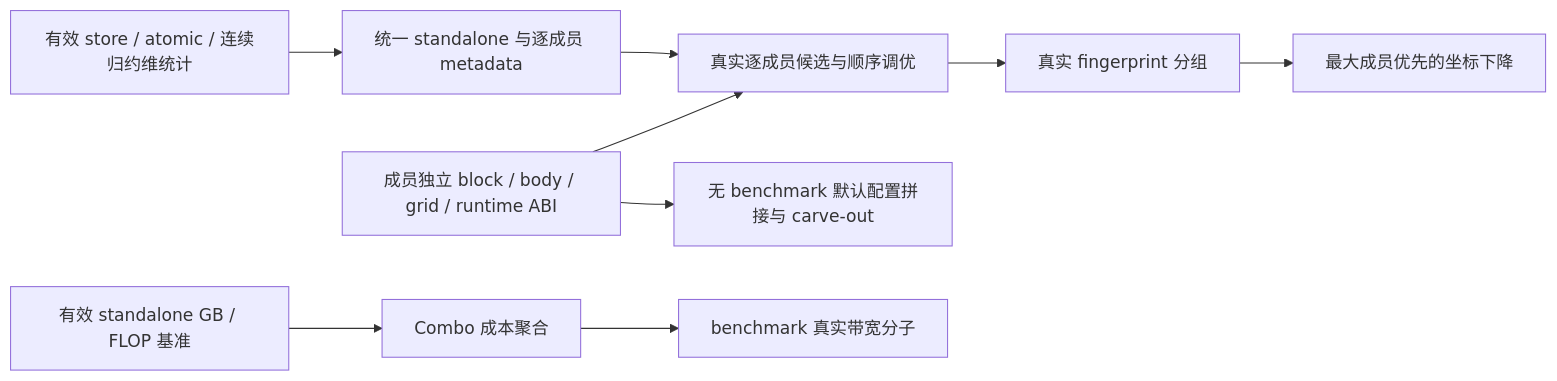
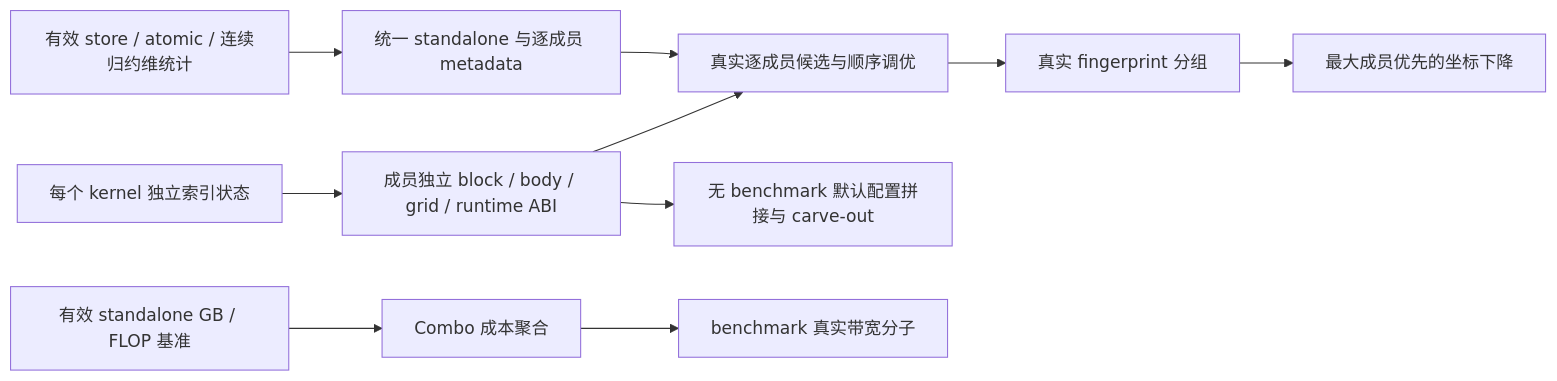
One commit to limbochao/torch-learn changed the diagram in docs/notes/compiler/codegen/inductor-combo-tests-v2.13.md. Above: the diagram before and after it, drawn with Mermaid. The commit also changed other lines of this file and 12 other files, not shown here.

````diff
--- a/docs/notes/compiler/codegen/inductor-combo-tests-v2.13.md
+++ b/docs/notes/compiler/codegen/inductor-combo-tests-v2.13.md
@@ -105,11 +128,12 @@
 ```mermaid
 flowchart LR
+    K[每个 kernel 独立索引状态] --> C
     A[有效 store / atomic / 连续归约维统计] --> B[统一 standalone 与逐成员 metadata]
     B --> D[真实逐成员候选与顺序调优]
     C[成员独立 block / body / grid / runtime ABI] --> D
     C --> E[无 benchmark 默认配置拼接与 carve-out]
     D --> F[真实 fingerprint 分组]
     F --> G[最大成员优先的坐标下降]
     H[有效 standalone GB / FLOP 基准] --> I[Combo 成本聚合]
     I --> J[benchmark 真实带宽分子]
 ```
````
